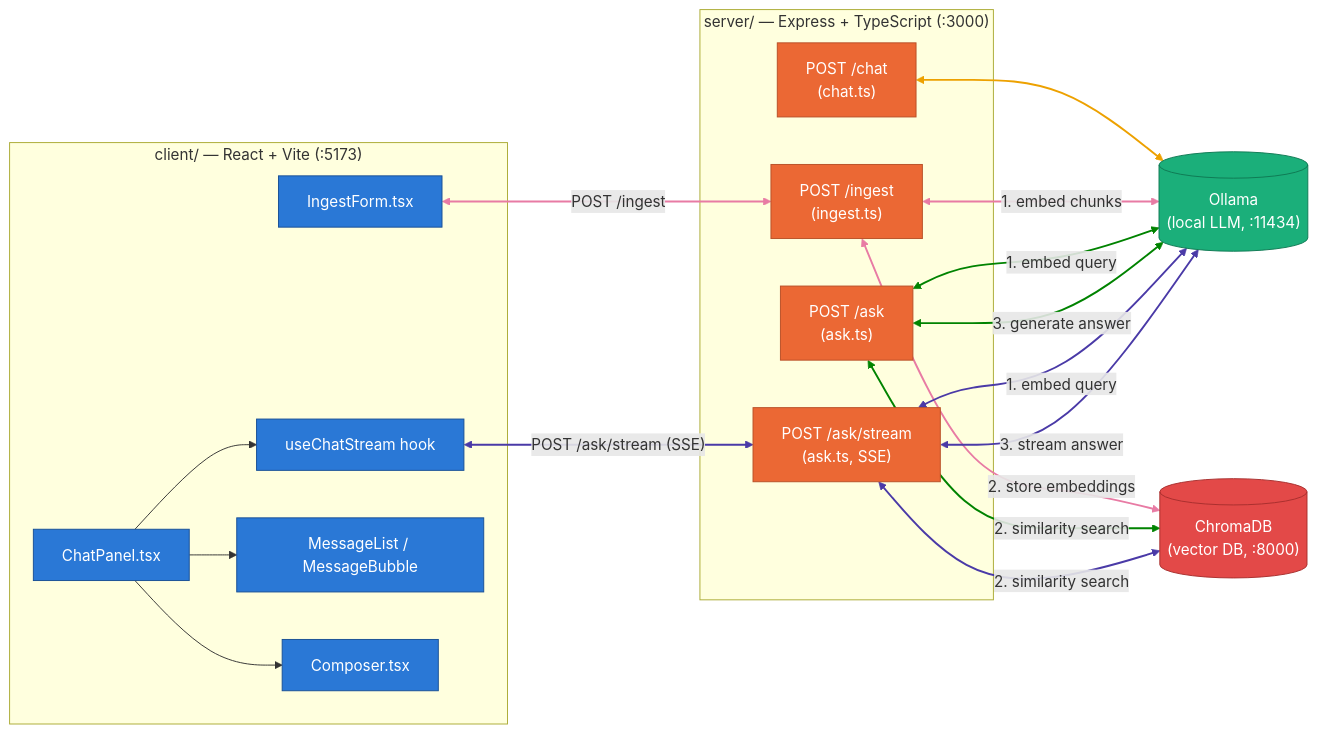
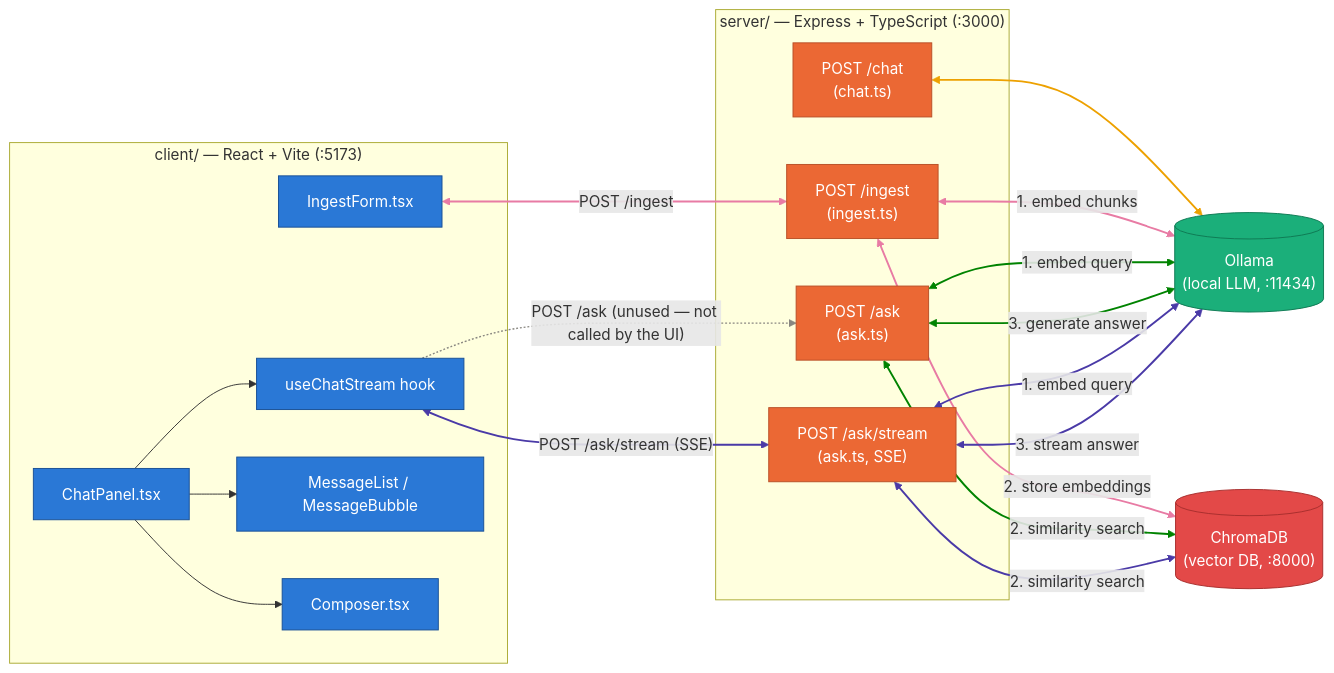
The diagram in README.md (nevinmk/Local-RAG-API-with-LangChain), drawn with Mermaid before and after one commit. The commit also changed other lines of this file, not shown here.

Commit message:
Show unused POST /ask route in architecture diagram
Add a dashed edge from useChatStream to AskRoute marking that /ask is
reachable but not called by the UI, for completeness without implying
it's an active traced path like the wired-up routes.

````diff
--- a/README.md
+++ b/README.md
@@ -9,57 +9,60 @@
 ```mermaid
 graph LR
     subgraph Client["client/ — React + Vite (:5173)"]
         IngestForm["IngestForm.tsx"]
         ChatPanel["ChatPanel.tsx"]
         useChatStream["useChatStream hook"]
         MessageList["MessageList / MessageBubble"]
         Composer["Composer.tsx"]
 
         ChatPanel --> useChatStream
         ChatPanel --> MessageList
         ChatPanel --> Composer
     end
 
     subgraph Server["server/ — Express + TypeScript (:3000)"]
         ChatRoute["POST /chat\n(chat.ts)"]
         IngestRoute["POST /ingest\n(ingest.ts)"]
         AskRoute["POST /ask\n(ask.ts)"]
         AskStreamRoute["POST /ask/stream\n(ask.ts, SSE)"]
     end
 
     Ollama[("Ollama\n(local LLM, :11434)")]
     ChromaDB[("ChromaDB\n(vector DB, :8000)")]
 
     IngestForm <-- "POST /ingest" --> IngestRoute
     useChatStream <-- "POST /ask/stream (SSE)" --> AskStreamRoute
 
     ChatRoute <--> Ollama
 
     IngestRoute <-- "1. embed chunks" --> Ollama
     IngestRoute <-- "2. store embeddings" --> ChromaDB
 
     AskRoute <-- "1. embed query" --> Ollama
     AskRoute <-- "2. similarity search" --> ChromaDB
     AskRoute <-- "3. generate answer" --> Ollama
 
     AskStreamRoute <-- "1. embed query" --> Ollama
     AskStreamRoute <-- "2. similarity search" --> ChromaDB
     AskStreamRoute <-- "3. stream answer" --> Ollama
 
+    useChatStream -. "POST /ask (unused — not called by the UI)" .-> AskRoute
+
     classDef client fill:#2a78d6,stroke:#184f95,color:#ffffff;
     classDef server fill:#eb6834,stroke:#b84f26,color:#ffffff;
     classDef ollama fill:#1baf7a,stroke:#0f7a54,color:#ffffff;
     classDef chroma fill:#e34948,stroke:#a82f2e,color:#ffffff;
 
     class IngestForm,ChatPanel,useChatStream,MessageList,Composer client;
     class ChatRoute,IngestRoute,AskRoute,AskStreamRoute server;
     class Ollama ollama;
     class ChromaDB chroma;
 
     %% link indices: 0-2 UI composition (default, not a server call)
-    %% 5 = /chat, 3+6+7 = /ingest, 8-10 = /ask, 4+11-13 = /ask/stream
+    %% 5 = /chat, 3+6+7 = /ingest, 8-10 = /ask, 4+11-13 = /ask/stream, 14 = /ask (unused)
     linkStyle 5 stroke:#eda100,stroke-width:2px;
     linkStyle 3,6,7 stroke:#e87ba4,stroke-width:2px;
     linkStyle 8,9,10 stroke:#008300,stroke-width:2px;
     linkStyle 4,11,12,13 stroke:#4a3aa7,stroke-width:2px;
+    linkStyle 14 stroke:#898781,stroke-width:1.5px;
 ```
````
